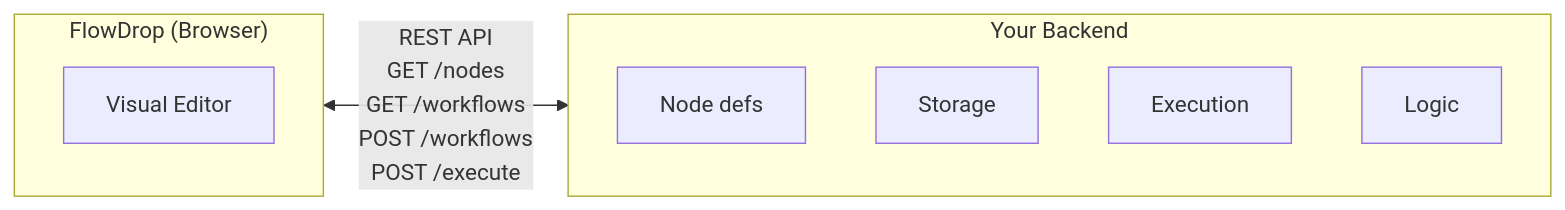
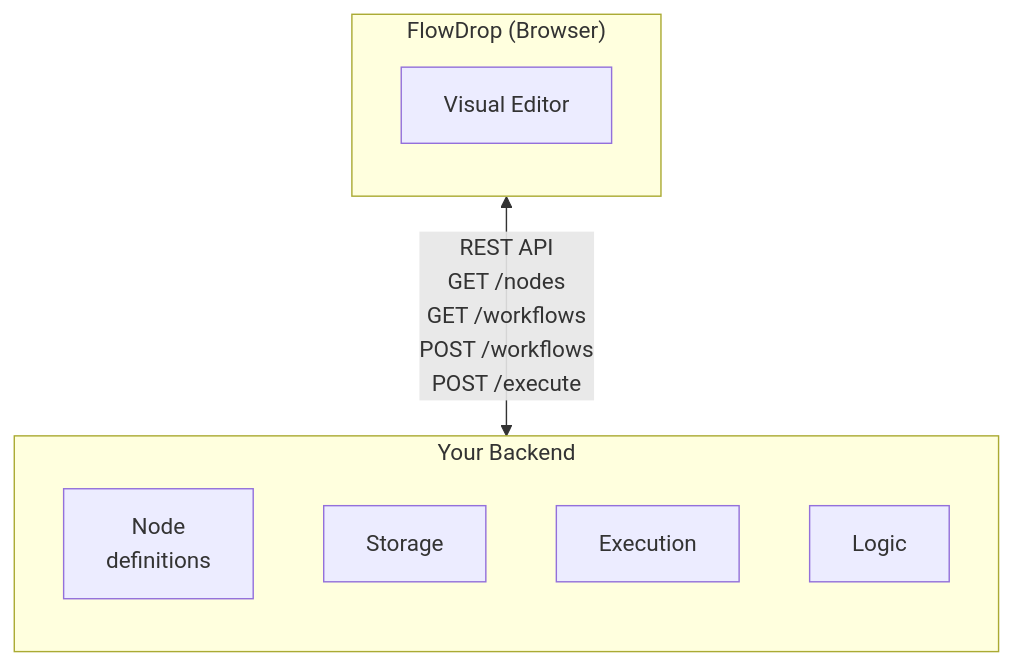
One commit to flowdrop-io/flowdrop changed the diagram in apps/docs/src/content/docs/concepts/what-is-a-workflow.md. Above: the diagram before and after it, drawn with Mermaid.

Commit message:
docs: improve Mermaid frontend-backend contract diagram layout
Switch to top-down flow and expand multi-line labels for better
readability of REST API endpoints and backend component names.

````diff
--- a/apps/docs/src/content/docs/concepts/what-is-a-workflow.md
+++ b/apps/docs/src/content/docs/concepts/what-is-a-workflow.md
@@ -86,15 +86,20 @@
 ```mermaid
-flowchart LR
+flowchart TD
   subgraph FD["FlowDrop (Browser)"]
     direction TB
     FD1["Visual Editor"]
   end
   subgraph BE["Your Backend"]
     direction TB
-    BE1["Node defs"]
+    BE1["Node 
+          definitions"]
     BE2["Storage"]
     BE3["Execution"]
     BE4["Logic"]
   end
-  FD <-->|"REST API\nGET /nodes\nGET /workflows\nPOST /workflows\nPOST /execute"| BE
+  FD <-->|"REST API
+    GET /nodes
+    GET /workflows
+    POST /workflows
+    POST /execute"| BE
 ```
````
